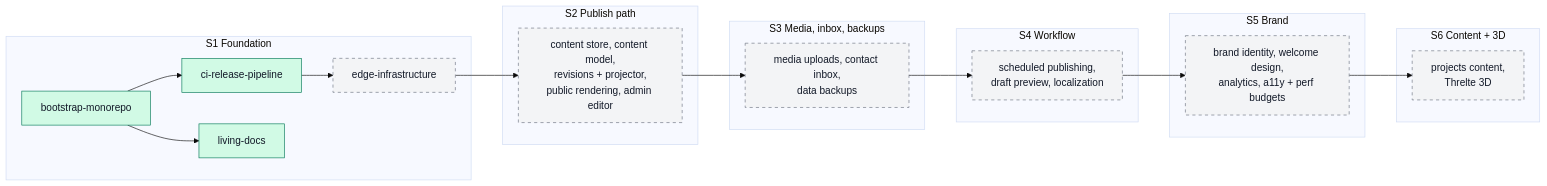
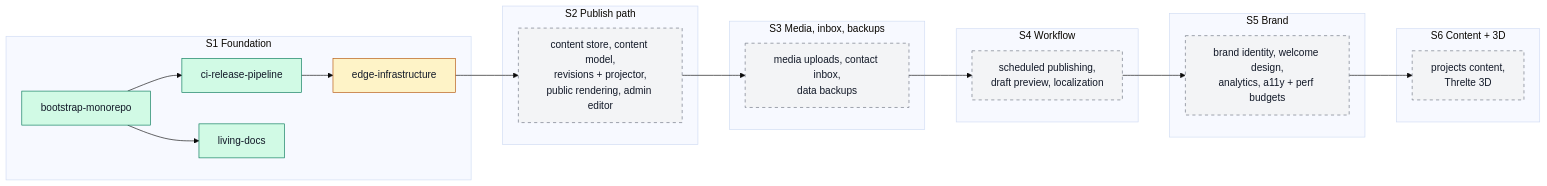
One commit to ycmcuenca/ycmcuenca-core changed the diagram in docs/ROADMAP.md. Above: the diagram before and after it, drawn with Mermaid (base theme). The commit also changed other lines of this file, not shown here.

First line of the commit message:
docs(roadmap): mark edge-infrastructure in progress

````diff
--- a/docs/ROADMAP.md
+++ b/docs/ROADMAP.md
@@ -37,34 +37,34 @@
 ```mermaid
 flowchart LR
     subgraph S1["S1 Foundation"]
         bootstrap["bootstrap-monorepo"]:::archived
         ci["ci-release-pipeline"]:::archived
-        edge["edge-infrastructure"]:::planned
+        edge["edge-infrastructure"]:::inProgress
         docs["living-docs"]:::archived
     end
     subgraph S2["S2 Publish path"]
         s2["content store, content model,<br/>revisions + projector,<br/>public rendering, admin editor"]:::planned
     end
     subgraph S3["S3 Media, inbox, backups"]
         s3["media uploads, contact inbox,<br/>data backups"]:::planned
     end
     subgraph S4["S4 Workflow"]
         s4["scheduled publishing,<br/>draft preview, localization"]:::planned
     end
     subgraph S5["S5 Brand"]
         s5["brand identity, welcome design,<br/>analytics, a11y + perf budgets"]:::planned
     end
     subgraph S6["S6 Content + 3D"]
         s6["projects content,<br/>Threlte 3D"]:::planned
     end
 
     bootstrap --> ci --> edge
     bootstrap --> docs
     edge --> s2 --> s3 --> s4 --> s5 --> s6
 
     classDef archived fill:#d1fae5,stroke:#047857,color:#111827
     classDef merged fill:#dbeafe,stroke:#1d4ed8,color:#111827
     classDef inProgress fill:#fef3c7,stroke:#b45309,color:#111827
     classDef proposed fill:#ede9fe,stroke:#6d28d9,color:#111827
     classDef planned fill:#f3f4f6,stroke:#6b7280,color:#111827,stroke-dasharray:5 5
 ```
````
